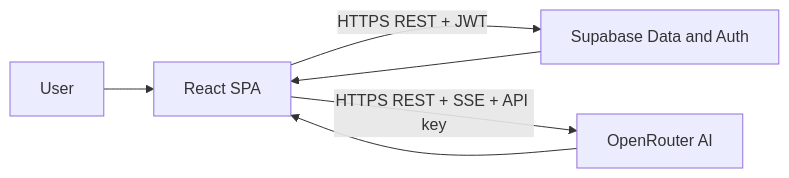
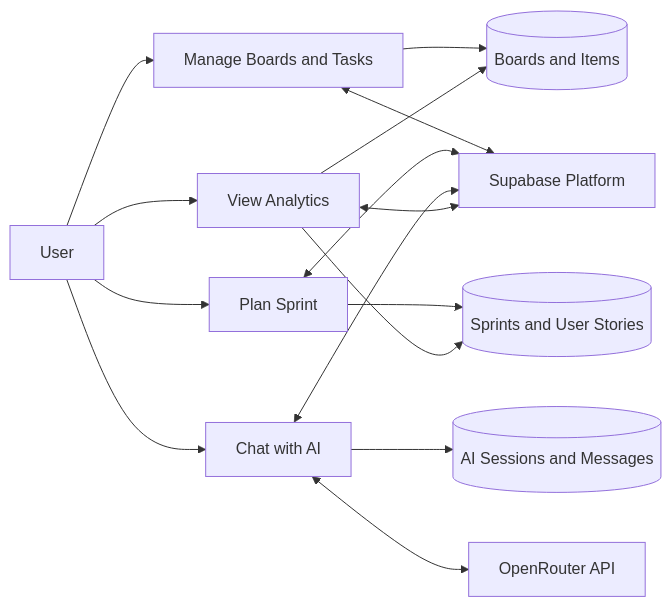
The first of 2 diagrams in docs/capstone2/chapter4-integration.md (hoop-ai/agileflow), drawn with Mermaid before and after one commit. The commit also changed other lines of this file and 3 other files, not shown here.

Commit message:
docs: enhance documentation with architecture diagrams, flowcharts, and integration details for AgileFlow

````diff
--- a/docs/capstone2/chapter4-integration.md
+++ b/docs/capstone2/chapter4-integration.md
@@ -11,8 +12,19 @@
 ```mermaid
 flowchart LR
-    U[User] --> SPA[React SPA]
-    SPA -->|HTTPS REST + JWT| SB[Supabase Data and Auth]
-    SB --> SPA
-    SPA -->|HTTPS REST + SSE + API key| OR[OpenRouter AI]
-    OR --> SPA
+    User[User] --> P1[Manage Boards and Tasks]
+    User --> P2[Plan Sprint]
+    User --> P3[Chat with AI]
+    User --> P4[View Analytics]
+
+    P1 --> D1[(Boards and Items)]
+    P2 --> D2[(Sprints and User Stories)]
+    P3 --> D3[(AI Sessions and Messages)]
+    P4 --> D1
+    P4 --> D2
+
+    P1 <--> SB[Supabase Platform]
+    P2 <--> SB
+    P3 <--> SB
+    P4 <--> SB
+    P3 <--> OR[OpenRouter API]
 ```
````
